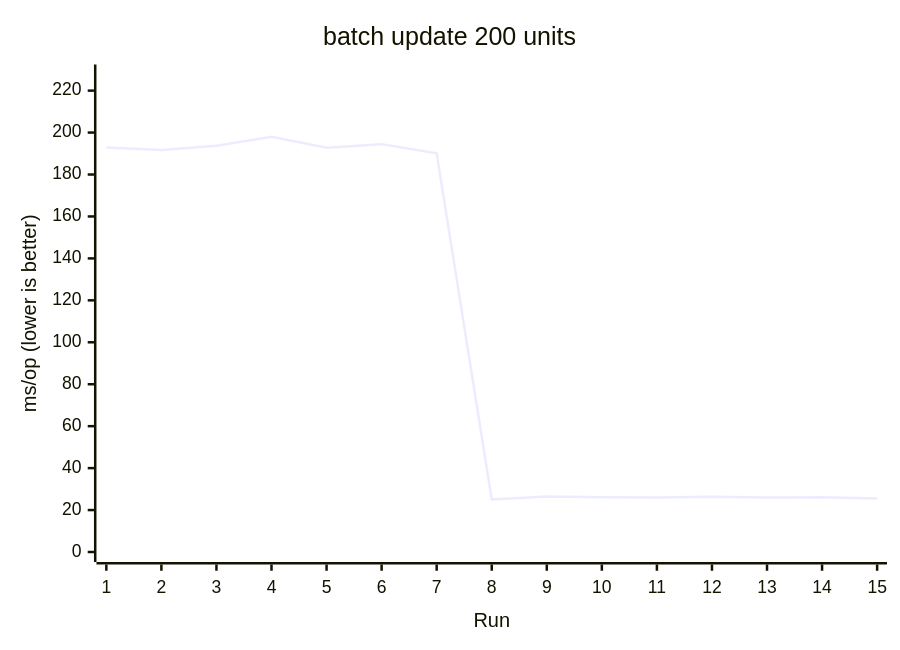
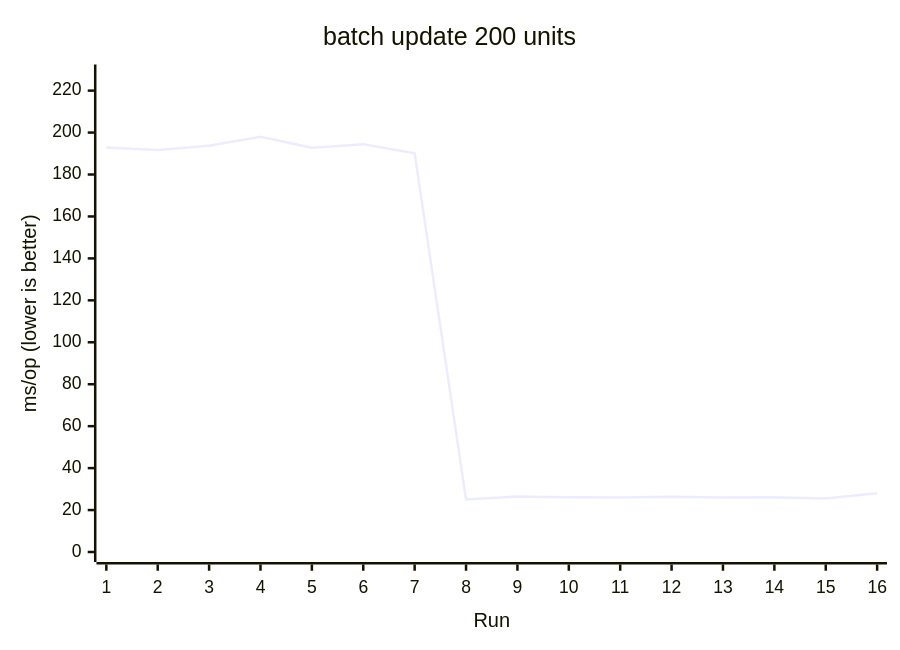
Before and after one commit to AIluffy/io: the eighth of 17 diagrams in apps/docs/src/content/docs/en/guides/benchmark.mdx, drawn with Mermaid. The commit also changed other lines of this file and 25 other files, not shown here.

````diff
--- a/apps/docs/src/content/docs/en/guides/benchmark.mdx
+++ b/apps/docs/src/content/docs/en/guides/benchmark.mdx
@@ -299,7 +282,7 @@
 ```mermaid
 xychart-beta
   title "batch update 200 units"
-  x-axis "Run" [1, 2, 3, 4, 5, 6, 7, 8, 9, 10, 11, 12, 13, 14, 15]
+  x-axis "Run" [1, 2, 3, 4, 5, 6, 7, 8, 9, 10, 11, 12, 13, 14, 15, 16]
   y-axis "ms/op (lower is better)" 0 --> 227.6906
-  line [192.8785, 191.6709, 193.7211, 197.9918, 192.8213, 194.4828, 190.106, 25.0751, 26.4239, 26.0522, 25.9361, 26.3187, 25.9458, 26.0771, 25.4667]
+  line [192.8785, 191.6709, 193.7211, 197.9918, 192.8213, 194.4828, 190.106, 25.0751, 26.4239, 26.0522, 25.9361, 26.3187, 25.9458, 26.0771, 25.4667, 28.0652]
 ```
````
